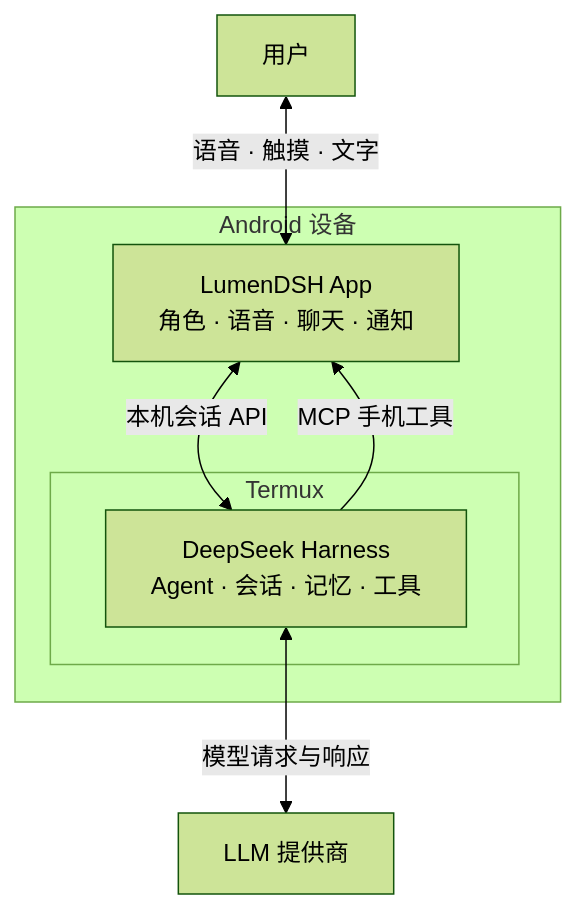
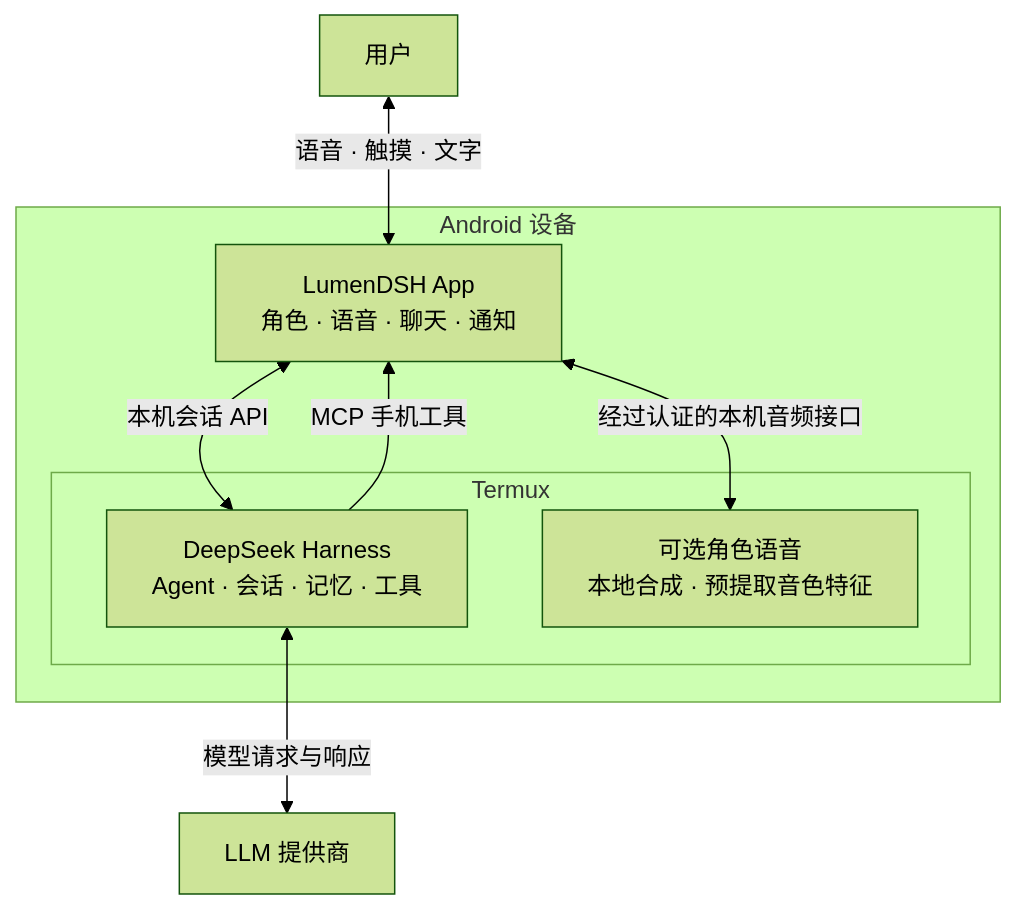
The diagram in README.zh-CN.md (ydzat/LumenDSH), drawn with Mermaid (forest theme) before and after one commit. The commit also changed other lines of this file and 36 other files, not shown here.

````diff
--- a/README.zh-CN.md
+++ b/README.zh-CN.md
@@ -31,14 +31,16 @@
 ```mermaid
 flowchart TB
     user[用户]
     subgraph device[Android 设备]
         app["LumenDSH App<br/>角色 · 语音 · 聊天 · 通知"]
         subgraph termux[Termux]
             dsh["DeepSeek Harness<br/>Agent · 会话 · 记忆 · 工具"]
+            voice["可选角色语音<br/>本地合成 · 预提取音色特征"]
         end
         app <-->|本机会话 API| dsh
         dsh -->|MCP 手机工具| app
+        app <-->|经过认证的本机音频接口| voice
     end
     user <-->|语音 · 触摸 · 文字| app
     dsh <-->|模型请求与响应| provider[LLM 提供商]
 ```
````
